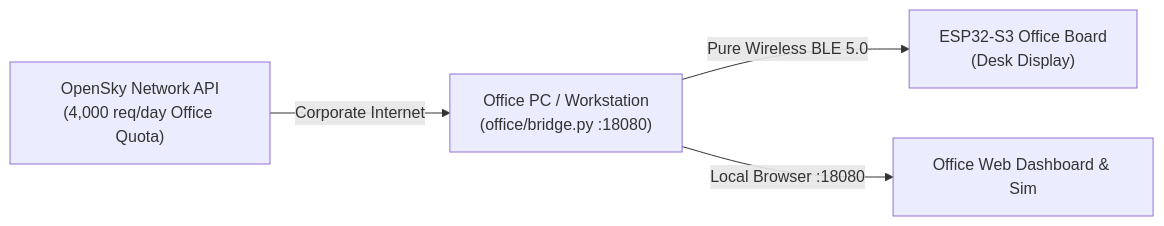
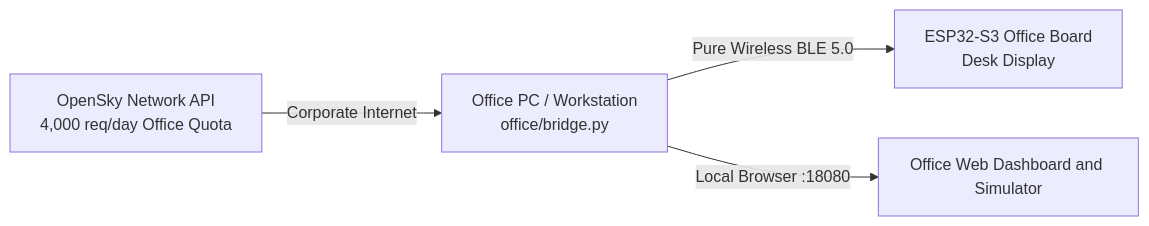
The third of 3 diagrams in README.md (kenne839/MSP-Runway-Tracker), drawn with Mermaid before and after one commit. The commit also changed other lines of this file, not shown here.

Commit message:
fix(docs): resolve GitHub Mermaid parser error and KaTeX underscore in math mode

````diff
--- a/README.md
+++ b/README.md
@@ -249,6 +249,6 @@
 ```mermaid
 flowchart LR
-    OS2["OpenSky Network API<br/>(4,000 req/day Office Quota)"] -->|Corporate Internet| PC["Office PC / Workstation<br/>(office/bridge.py :18080)"]
-    PC -->|Pure Wireless BLE 5.0| ESP2["ESP32-S3 Office Board<br/>(Desk Display)"]
-    PC -->|Local Browser :18080| DASH["Office Web Dashboard & Sim"]
+    OS2["OpenSky Network API<br/>4,000 req/day Office Quota"] -->|"Corporate Internet"| PC["Office PC / Workstation<br/>office/bridge.py"]
+    PC -->|"Pure Wireless BLE 5.0"| ESP2["ESP32-S3 Office Board<br/>Desk Display"]
+    PC -->|"Local Browser :18080"| DASH["Office Web Dashboard and Simulator"]
 ```
````
